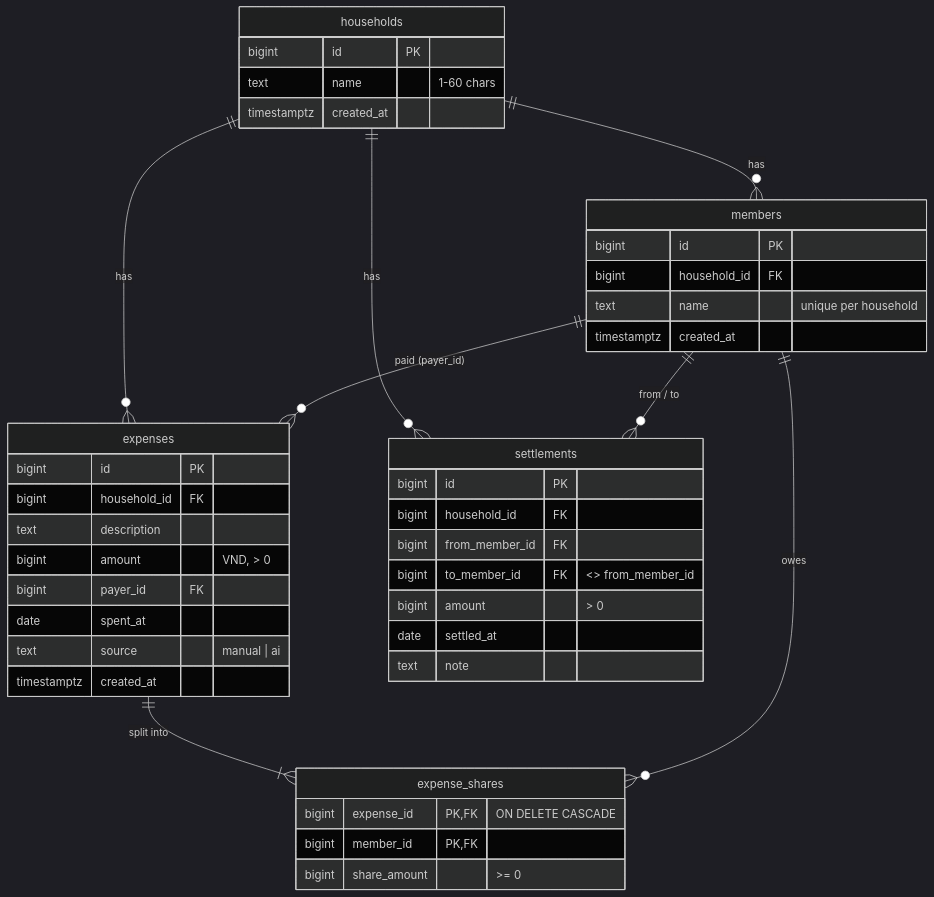
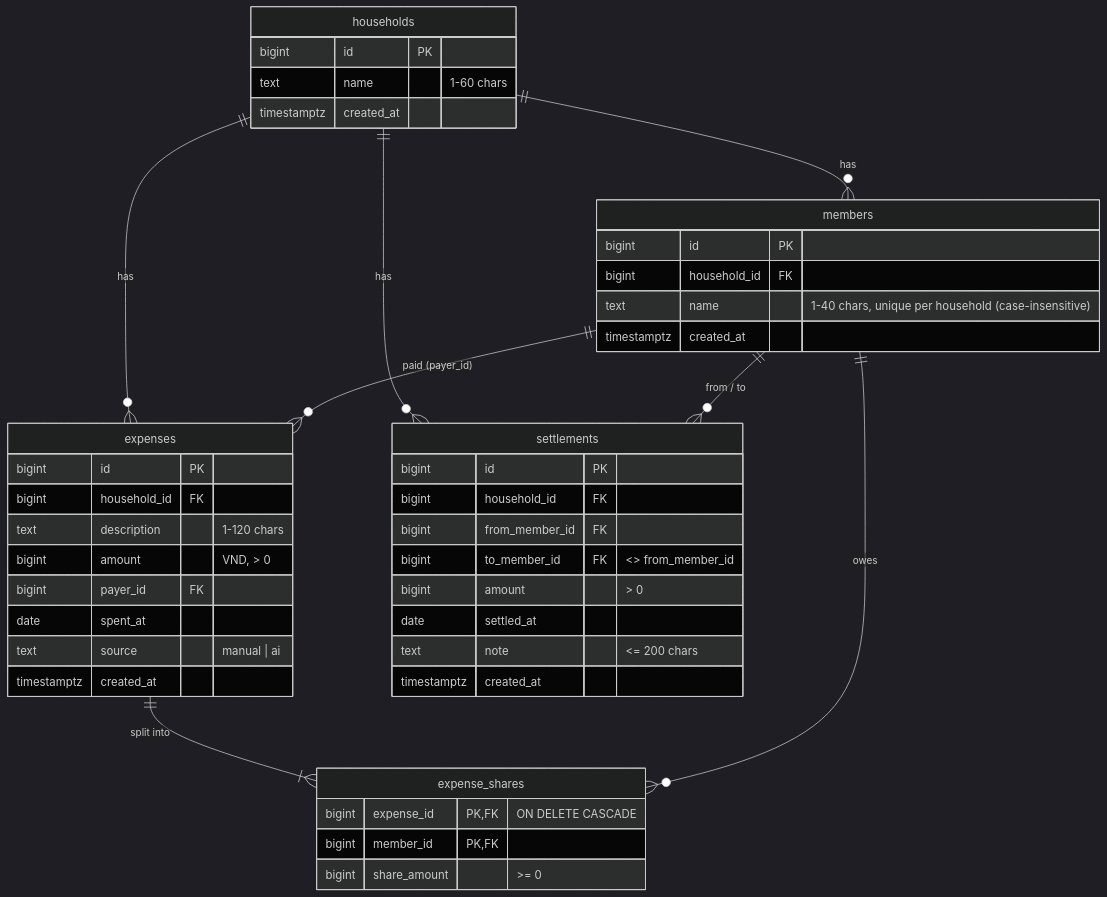
Before and after one commit to NeitLN/Fair-Share: the third of 5 diagrams in docs/ARCHITECTURE.md, drawn with Mermaid (dark theme). The commit also changed other lines of this file and 14 other files, not shown here.

First line of the commit message:
feat(db): schema v1 with start-up migrations and a demo seed

````diff
--- a/docs/ARCHITECTURE.md
+++ b/docs/ARCHITECTURE.md
@@ -109,46 +109,47 @@
 ```mermaid
 erDiagram
     households ||--o{ members : has
     households ||--o{ expenses : has
     households ||--o{ settlements : has
     members ||--o{ expenses : "paid (payer_id)"
     expenses ||--|{ expense_shares : "split into"
     members ||--o{ expense_shares : owes
     members ||--o{ settlements : "from / to"
 
     households {
         bigint id PK
         text name "1-60 chars"
         timestamptz created_at
     }
     members {
         bigint id PK
         bigint household_id FK
-        text name "unique per household"
+        text name "1-40 chars, unique per household (case-insensitive)"
         timestamptz created_at
     }
     expenses {
         bigint id PK
         bigint household_id FK
-        text description
+        text description "1-120 chars"
         bigint amount "VND, > 0"
         bigint payer_id FK
         date spent_at
         text source "manual | ai"
         timestamptz created_at
     }
     expense_shares {
         bigint expense_id PK,FK "ON DELETE CASCADE"
         bigint member_id PK,FK
         bigint share_amount ">= 0"
     }
     settlements {
         bigint id PK
         bigint household_id FK
         bigint from_member_id FK
         bigint to_member_id FK "<> from_member_id"
         bigint amount "> 0"
         date settled_at
-        text note
+        text note "<= 200 chars"
+        timestamptz created_at
     }
 ```
````
